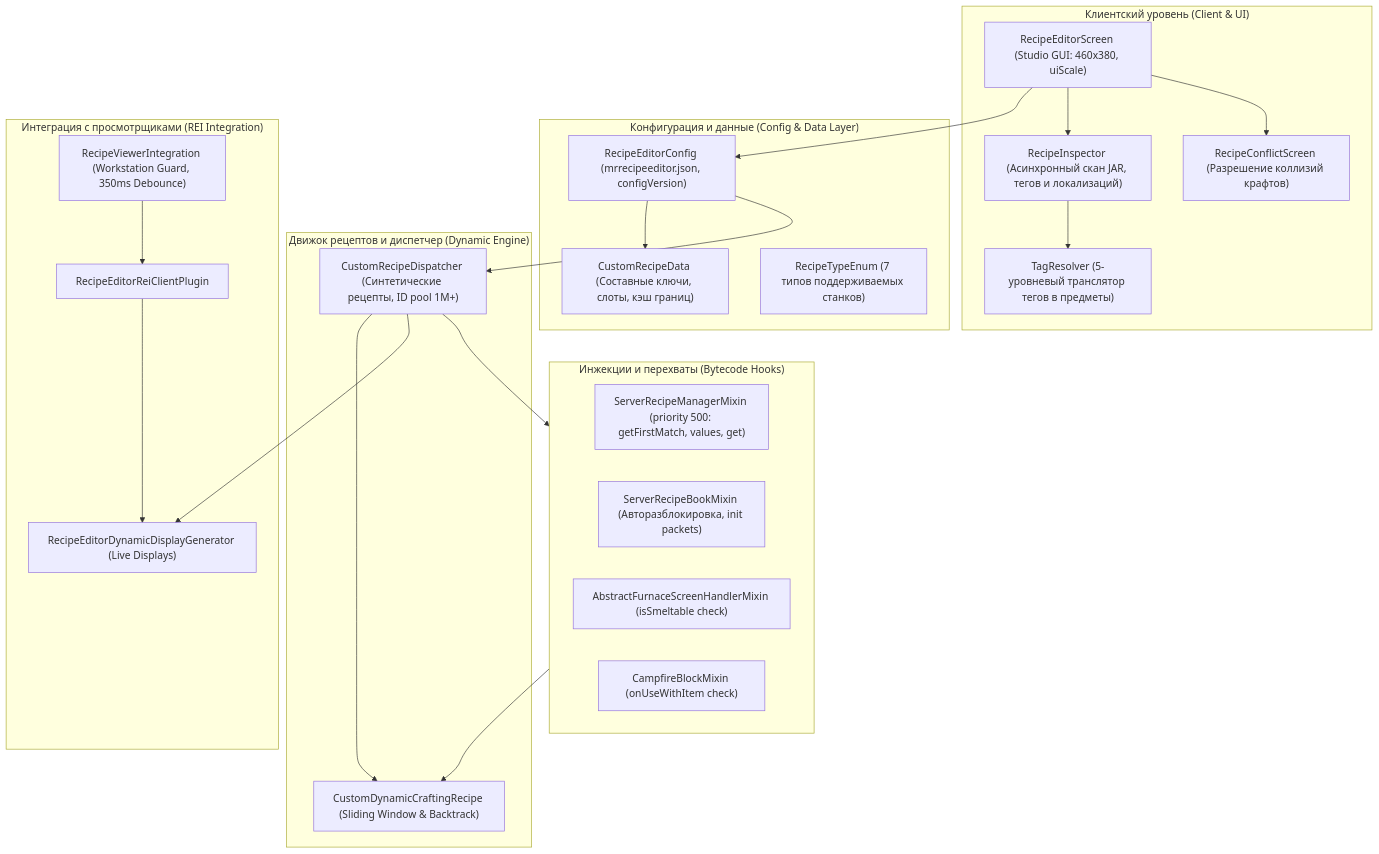
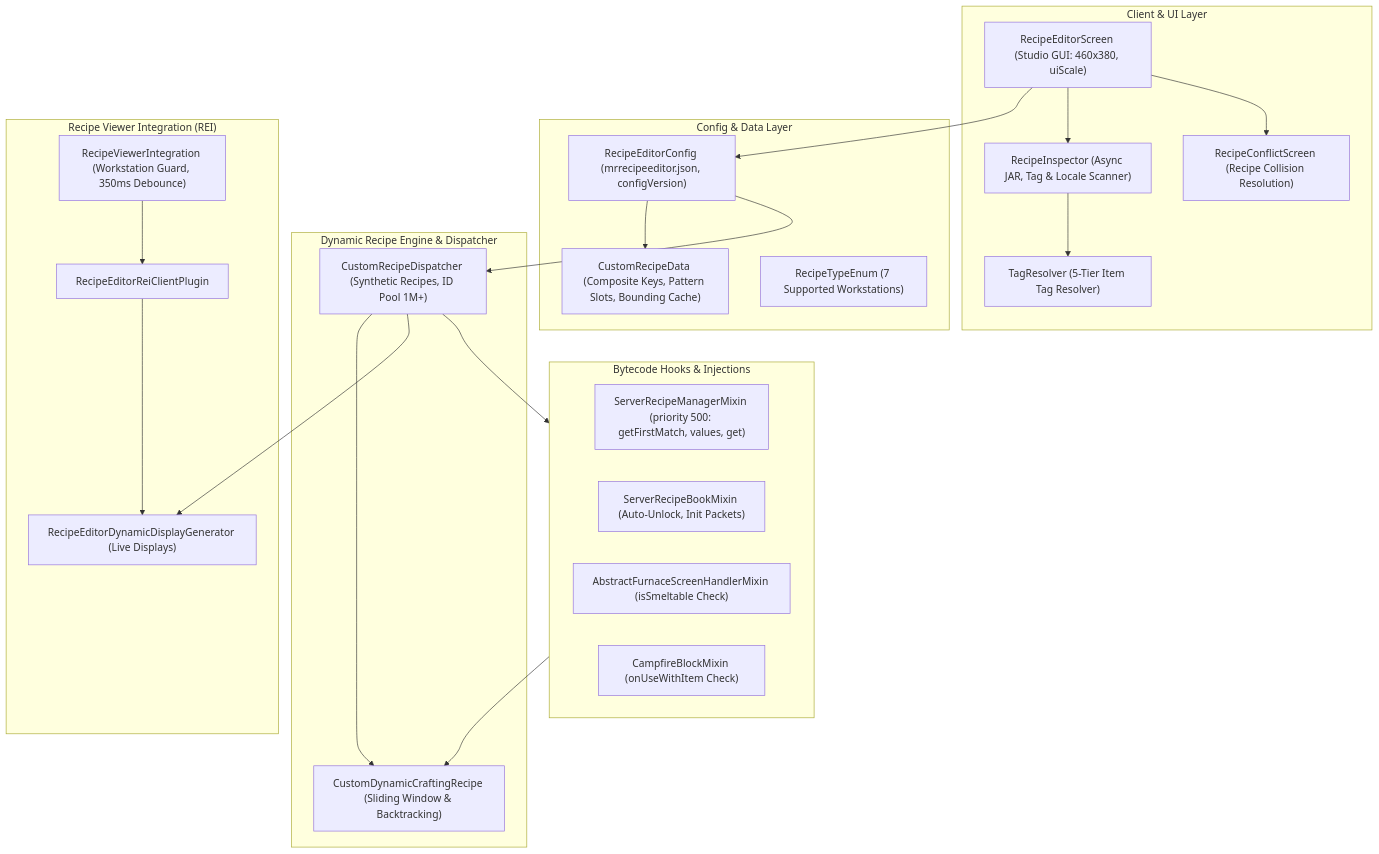
Before and after one commit to byMr712/MrRecipeEditor-1.21.4-MinecraftMod: the diagram in AGENTS.md, drawn with Mermaid. The commit also changed other lines of this file and 8 other files, not shown here.

````diff
--- a/AGENTS.md
+++ b/AGENTS.md
@@ -32,46 +32,46 @@
 ```mermaid
 flowchart TD
-    subgraph Client["Клиентский уровень (Client & UI)"]
+    subgraph Client["Client & UI Layer"]
         GUI["RecipeEditorScreen (Studio GUI: 460x380, uiScale)"]
-        ConflictGUI["RecipeConflictScreen (Разрешение коллизий крафтов)"]
-        Scanner["RecipeInspector (Асинхронный скан JAR, тегов и локализаций)"]
-        TagRes["TagResolver (5-уровневый транслятор тегов в предметы)"]
+        ConflictGUI["RecipeConflictScreen (Recipe Collision Resolution)"]
+        Scanner["RecipeInspector (Async JAR, Tag & Locale Scanner)"]
+        TagRes["TagResolver (5-Tier Item Tag Resolver)"]
     end
 
-    subgraph Storage["Конфигурация и данные (Config & Data Layer)"]
+    subgraph Storage["Config & Data Layer"]
         Cfg["RecipeEditorConfig (mrrecipeeditor.json, configVersion)"]
-        Model["CustomRecipeData (Составные ключи, слоты, кэш границ)"]
-        Enum["RecipeTypeEnum (7 типов поддерживаемых станков)"]
+        Model["CustomRecipeData (Composite Keys, Pattern Slots, Bounding Cache)"]
+        Enum["RecipeTypeEnum (7 Supported Workstations)"]
     end
 
-    subgraph Engine["Движок рецептов и диспетчер (Dynamic Engine)"]
-        Dispatcher["CustomRecipeDispatcher (Синтетические рецепты, ID pool 1M+)"]
-        DynCraft["CustomDynamicCraftingRecipe (Sliding Window & Backtrack)"]
+    subgraph Engine["Dynamic Recipe Engine & Dispatcher"]
+        Dispatcher["CustomRecipeDispatcher (Synthetic Recipes, ID Pool 1M+)"]
+        DynCraft["CustomDynamicCraftingRecipe (Sliding Window & Backtracking)"]
     end
 
-    subgraph Mixins["Инжекции и перехваты (Bytecode Hooks)"]
+    subgraph Mixins["Bytecode Hooks & Injections"]
         MixSRM["ServerRecipeManagerMixin (priority 500: getFirstMatch, values, get)"]
-        MixSRB["ServerRecipeBookMixin (Авторазблокировка, init packets)"]
-        MixFurnace["AbstractFurnaceScreenHandlerMixin (isSmeltable check)"]
-        MixCampfire["CampfireBlockMixin (onUseWithItem check)"]
+        MixSRB["ServerRecipeBookMixin (Auto-Unlock, Init Packets)"]
+        MixFurnace["AbstractFurnaceScreenHandlerMixin (isSmeltable Check)"]
+        MixCampfire["CampfireBlockMixin (onUseWithItem Check)"]
     end
 
-    subgraph Viewers["Интеграция с просмотрщиками (REI Integration)"]
+    subgraph Viewers["Recipe Viewer Integration (REI)"]
         REIPlugin["RecipeEditorReiClientPlugin"]
         REIGen["RecipeEditorDynamicDisplayGenerator (Live Displays)"]
         REIViewer["RecipeViewerIntegration (Workstation Guard, 350ms Debounce)"]
     end
 
     GUI --> Cfg
     GUI --> Scanner
     Scanner --> TagRes
     Cfg --> Model
     Cfg --> Dispatcher
     Dispatcher --> DynCraft
     Dispatcher --> Mixins
     Mixins --> DynCraft
     Dispatcher --> REIGen
     REIPlugin --> REIGen
     REIViewer --> REIPlugin
     GUI --> ConflictGUI
 ```
````
